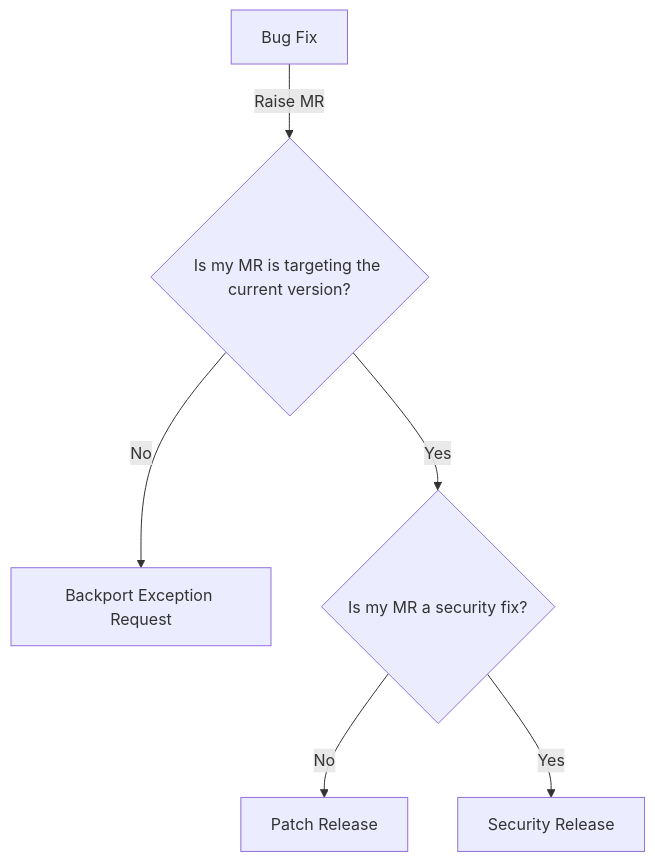
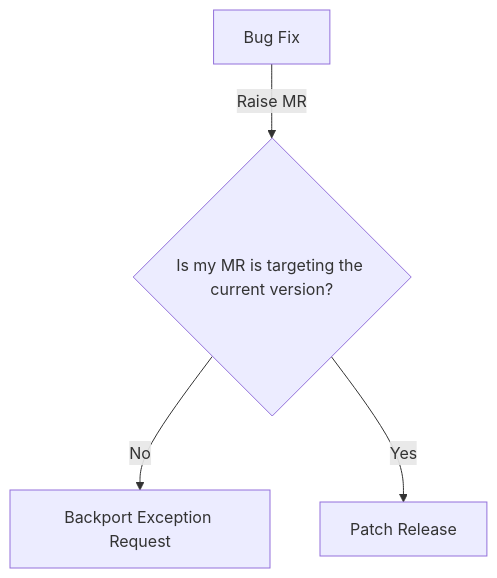
The diagram in content/handbook/engineering/releases/backports.md (zalyoung/gitlab-handbook), drawn with Mermaid before and after one commit. The commit also changed other lines of this file and 4 other files, not shown here.

````diff
--- a/content/handbook/engineering/releases/backports.md
+++ b/content/handbook/engineering/releases/backports.md
@@ -13,12 +13,9 @@
 ```mermaid
 graph TD
     A[Bug Fix] -->|Raise MR| C{Is my MR is targeting the current version?}
     C -->|No| E[Backport Exception Request]
-    C -->|Yes| D{Is my MR a security fix?}
-    D -->|No| G[Patch Release]
-    D -->|Yes| F[Security Release]
+    C -->|Yes| F[Patch Release]
     click E "/handbook/engineering/releases/backports/#what-if-my-backport-is-not-covered-by-the-maintenance-policy"
-    click F "https://gitlab.com/gitlab-org/release/docs/blob/master/general/security/process.md#non-critical-security-releases"
-    click G "/handbook/engineering/releases/#patch-releases-overview"
+    click F "/handbook/engineering/releases/#patch-releases-overview"
 
 ```
````
